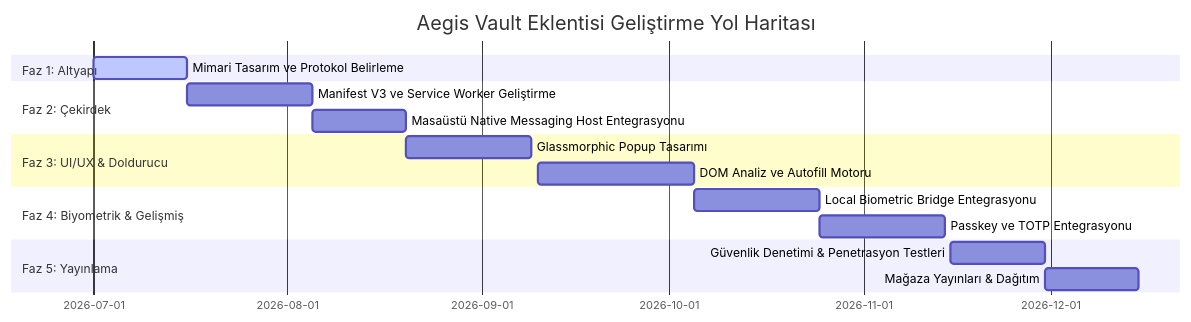
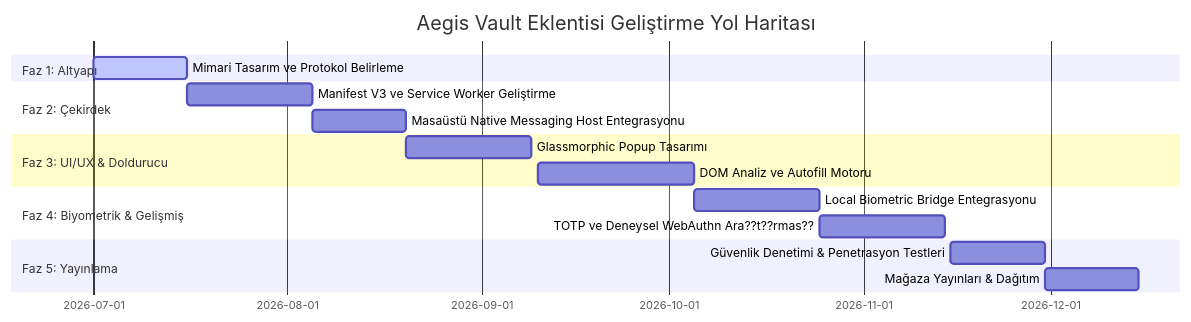
Before and after one commit to hafgit99/aegis-vault-v7: the second of 2 diagrams in docs/eklenti_yol_haritasi.md, drawn with Mermaid. The commit also changed other lines of this file and 24 other files, not shown here.

````diff
--- a/docs/eklenti_yol_haritasi.md
+++ b/docs/eklenti_yol_haritasi.md
@@ -99,19 +99,19 @@
 ```mermaid
 gantt
     title Aegis Vault Eklentisi Geliştirme Yol Haritası
     dateFormat  YYYY-MM-DD
     section Faz 1: Altyapı
     Mimari Tasarım ve Protokol Belirleme :active, des1, 2026-07-01, 15d
     section Faz 2: Çekirdek
     Manifest V3 ve Service Worker Geliştirme : des2, 2026-07-16, 20d
     Masaüstü Native Messaging Host Entegrasyonu : des3, 2026-08-05, 15d
     section Faz 3: UI/UX & Doldurucu
     Glassmorphic Popup Tasarımı : des4, 2026-08-20, 20d
     DOM Analiz ve Autofill Motoru : des5, 2026-09-10, 25d
     section Faz 4: Biyometrik & Gelişmiş
     Local Biometric Bridge Entegrasyonu : des6, 2026-10-05, 20d
-    Passkey ve TOTP Entegrasyonu : des7, 2026-10-25, 20d
+    TOTP ve Deneysel WebAuthn Ara??t??rmas?? : des7, 2026-10-25, 20d
     section Faz 5: Yayınlama
     Güvenlik Denetimi & Penetrasyon Testleri : des8, 2026-11-15, 15d
     Mağaza Yayınları & Dağıtım : des9, 2026-11-30, 15d
 ```
````
